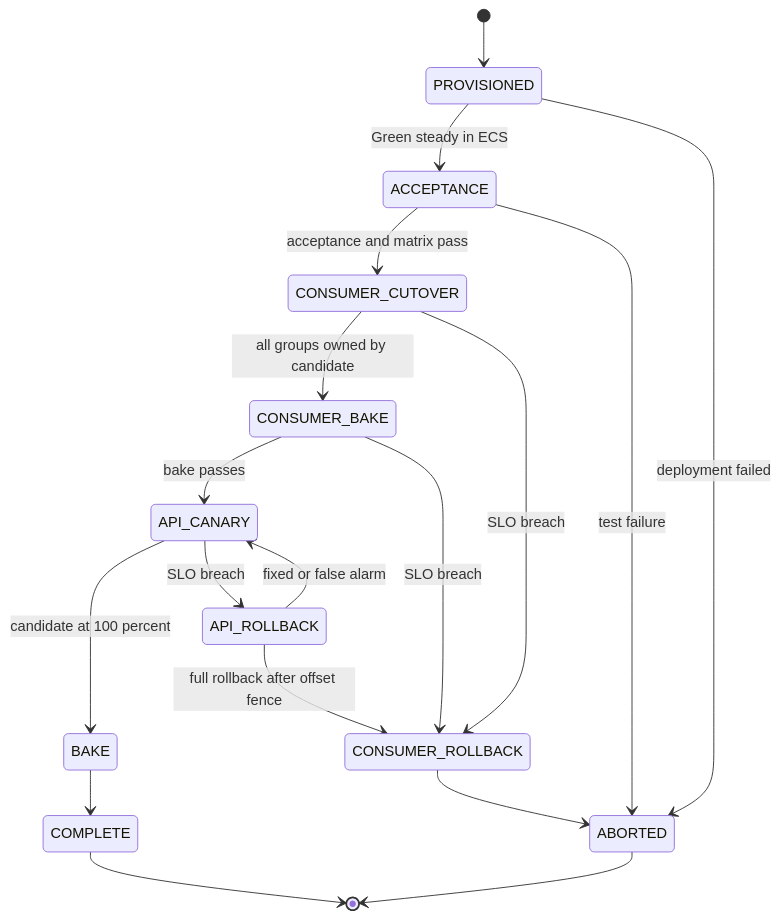
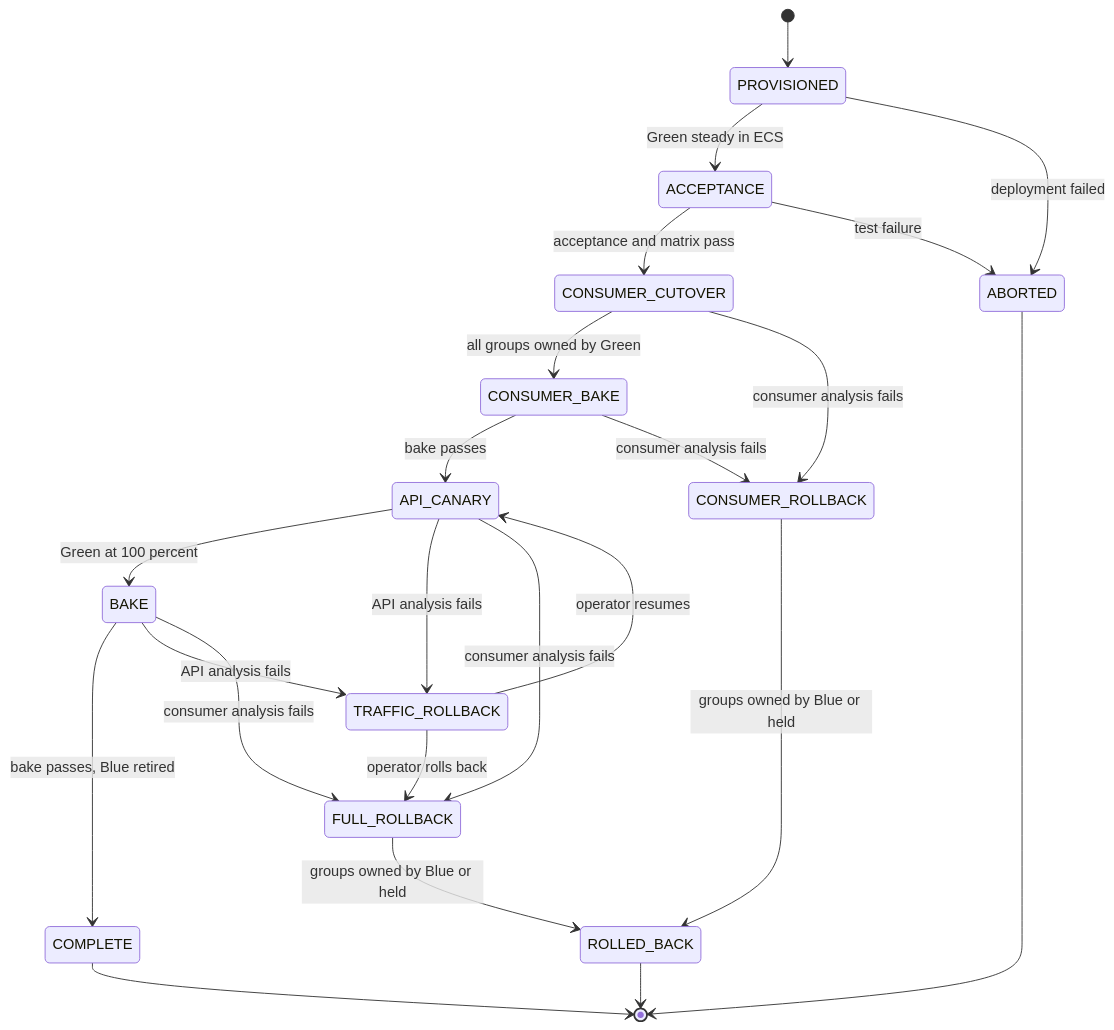
One commit to kr-shrey/personal-notes changed the second of 3 diagrams in consumer-canary-strategy.md. Above: the diagram before and after it, drawn with Mermaid. The commit also changed other lines of this file, not shown here.

````diff
--- a/consumer-canary-strategy.md
+++ b/consumer-canary-strategy.md
@@ -780,20 +934,25 @@
 ```mermaid
 stateDiagram-v2
     [*] --> PROVISIONED
     PROVISIONED --> ACCEPTANCE: Green steady in ECS
     PROVISIONED --> ABORTED: deployment failed
     ACCEPTANCE --> CONSUMER_CUTOVER: acceptance and matrix pass
     ACCEPTANCE --> ABORTED: test failure
-    CONSUMER_CUTOVER --> CONSUMER_BAKE: all groups owned by candidate
-    CONSUMER_CUTOVER --> CONSUMER_ROLLBACK: SLO breach
+    CONSUMER_CUTOVER --> CONSUMER_BAKE: all groups owned by Green
     CONSUMER_BAKE --> API_CANARY: bake passes
-    CONSUMER_BAKE --> CONSUMER_ROLLBACK: SLO breach
-    API_CANARY --> BAKE: candidate at 100 percent
-    API_CANARY --> API_ROLLBACK: SLO breach
-    API_ROLLBACK --> API_CANARY: fixed or false alarm
-    API_ROLLBACK --> CONSUMER_ROLLBACK: full rollback after offset fence
-    CONSUMER_ROLLBACK --> ABORTED
-    BAKE --> COMPLETE
+    API_CANARY --> BAKE: Green at 100 percent
+    BAKE --> COMPLETE: bake passes, Blue retired
+    CONSUMER_CUTOVER --> CONSUMER_ROLLBACK: consumer analysis fails
+    CONSUMER_BAKE --> CONSUMER_ROLLBACK: consumer analysis fails
+    API_CANARY --> TRAFFIC_ROLLBACK: API analysis fails
+    BAKE --> TRAFFIC_ROLLBACK: API analysis fails
+    API_CANARY --> FULL_ROLLBACK: consumer analysis fails
+    BAKE --> FULL_ROLLBACK: consumer analysis fails
+    TRAFFIC_ROLLBACK --> API_CANARY: operator resumes
+    TRAFFIC_ROLLBACK --> FULL_ROLLBACK: operator rolls back
+    CONSUMER_ROLLBACK --> ROLLED_BACK: groups owned by Blue or held
+    FULL_ROLLBACK --> ROLLED_BACK: groups owned by Blue or held
     COMPLETE --> [*]
     ABORTED --> [*]
+    ROLLED_BACK --> [*]
 ```
````
